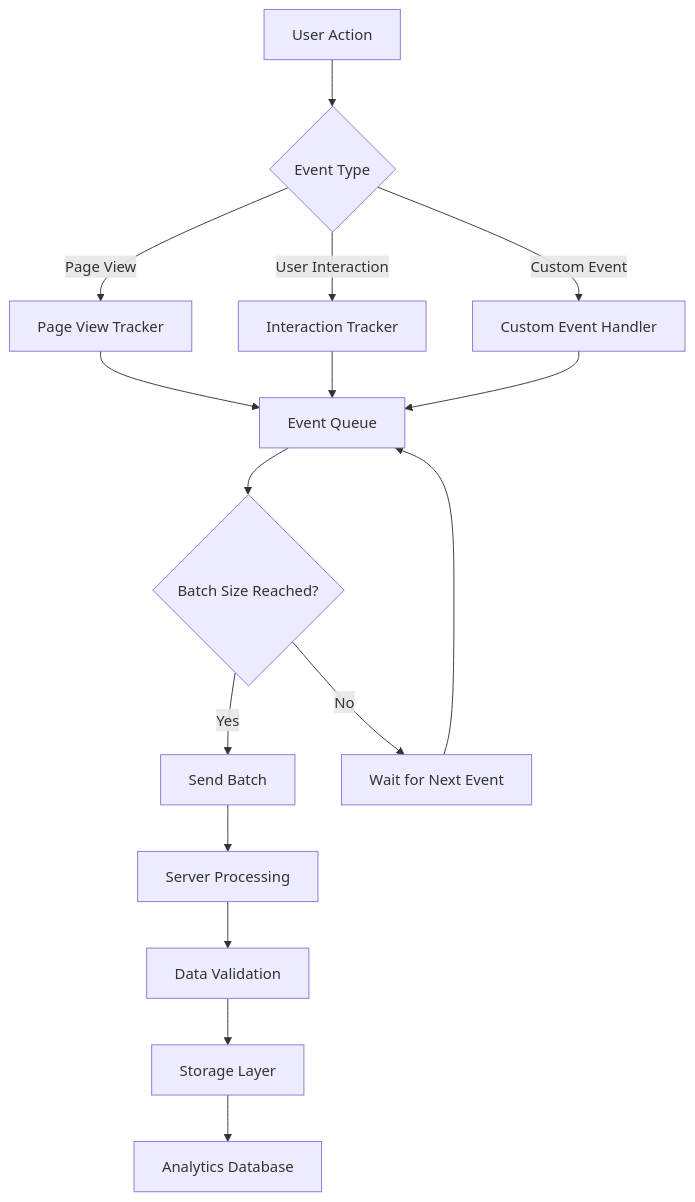
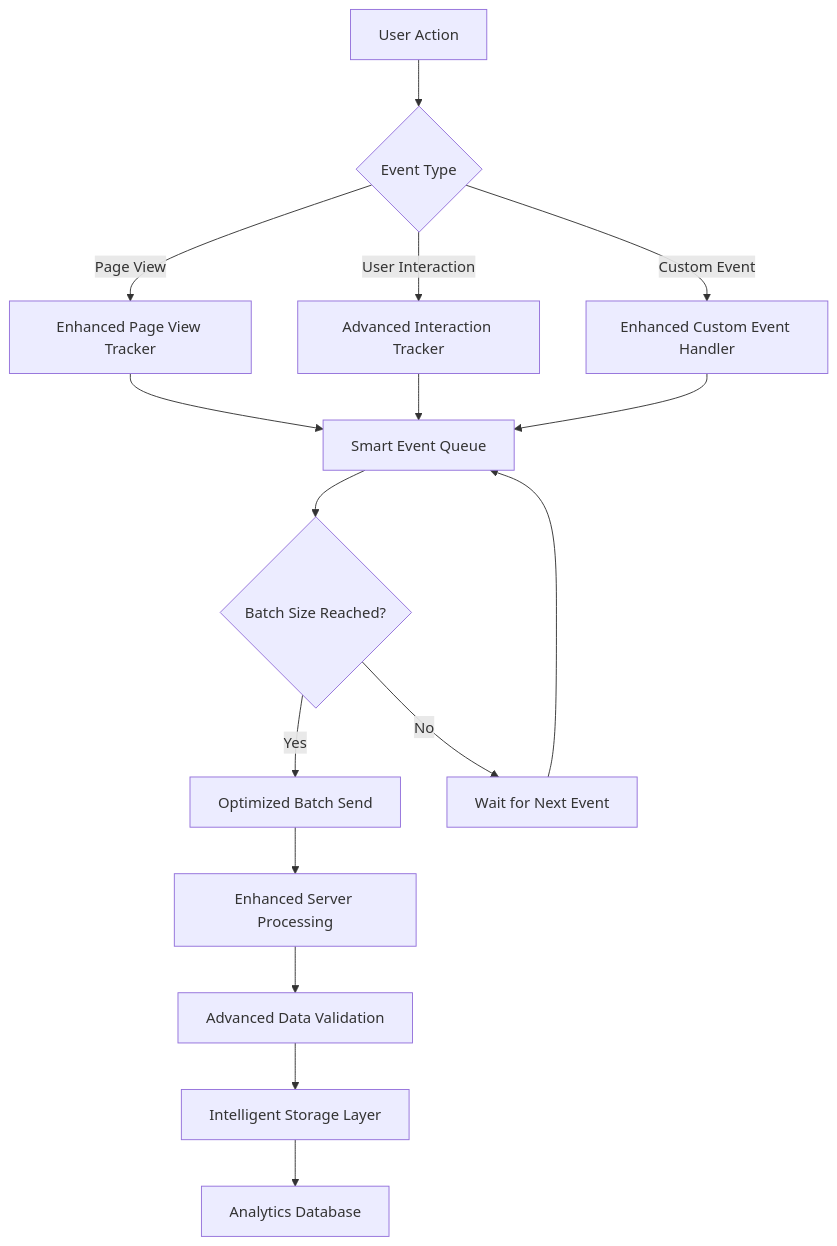
One commit to Dunstun2/GeniusMind-Home-Schooling changed the third of 6 diagrams in .qoder/repowiki/en/content/Backend Services & API/Analytics & Tracking Services.md. Above: the diagram before and after it, drawn with Mermaid. The commit also changed other lines of this file and 42 other files, not shown here.

````diff
--- a/.qoder/repowiki/en/content/Backend Services & API/Analytics & Tracking Services.md
+++ b/.qoder/repowiki/en/content/Backend Services & API/Analytics & Tracking Services.md
@@ -117,18 +125,18 @@
 ```mermaid
 flowchart TD
 A[User Action] --> B{Event Type}
-B --> |Page View| C[Page View Tracker]
-B --> |User Interaction| D[Interaction Tracker]
-B --> |Custom Event| E[Custom Event Handler]
-C --> F[Event Queue]
+B --> |Page View| C[Enhanced Page View Tracker]
+B --> |User Interaction| D[Advanced Interaction Tracker]
+B --> |Custom Event| E[Enhanced Custom Event Handler]
+C --> F[Smart Event Queue]
 D --> F
 E --> F
 F --> G{Batch Size Reached?}
-G --> |Yes| H[Send Batch]
+G --> |Yes| H[Optimized Batch Send]
 G --> |No| I[Wait for Next Event]
-H --> J[Server Processing]
-J --> K[Data Validation]
-K --> L[Storage Layer]
+H --> J[Enhanced Server Processing]
+J --> K[Advanced Data Validation]
+K --> L[Intelligent Storage Layer]
 L --> M[Analytics Database]
 I --> F
 ```
````
